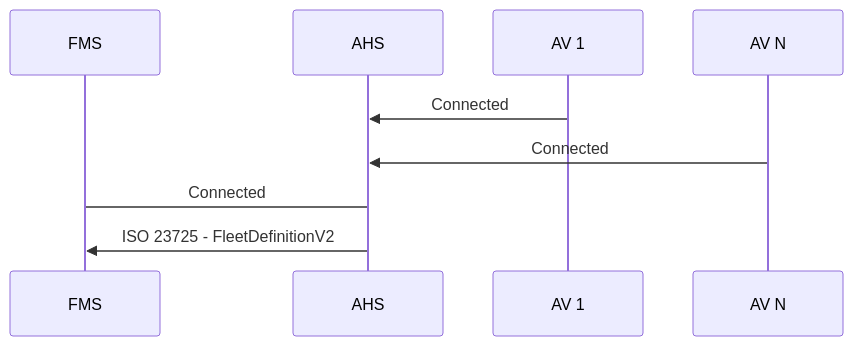
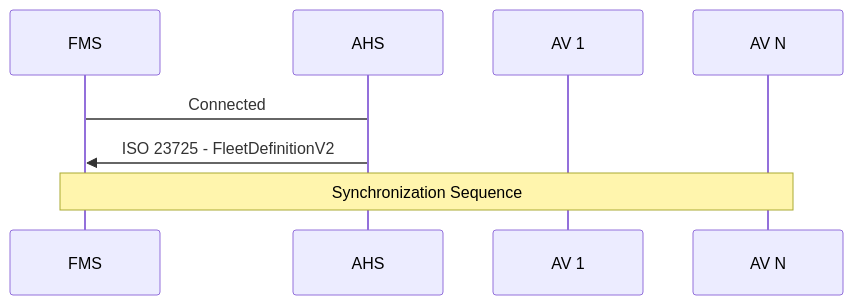
One commit to open-autonomy/zone changed the diagram in diagram/PolicyZoneOnConnect.md. Above: the diagram before and after it, drawn with Mermaid.

Commit message:
Minor update to on connect sequence

````diff
--- a/diagram/PolicyZoneOnConnect.md
+++ b/diagram/PolicyZoneOnConnect.md
@@ -4,16 +4,15 @@
 ```mermaid
 
 sequenceDiagram
     participant FMS
     participant AHS
     participant AV 1
     participant AV N
 
-    AV 1->>AHS: Connected
-    AV N->>AHS: Connected
-
     FMS->AHS: Connected
 
     AHS->>FMS: ISO 23725 - FleetDefinitionV2
 
+    Note over FMS,AV N: Synchronization Sequence
+
 ```
````
